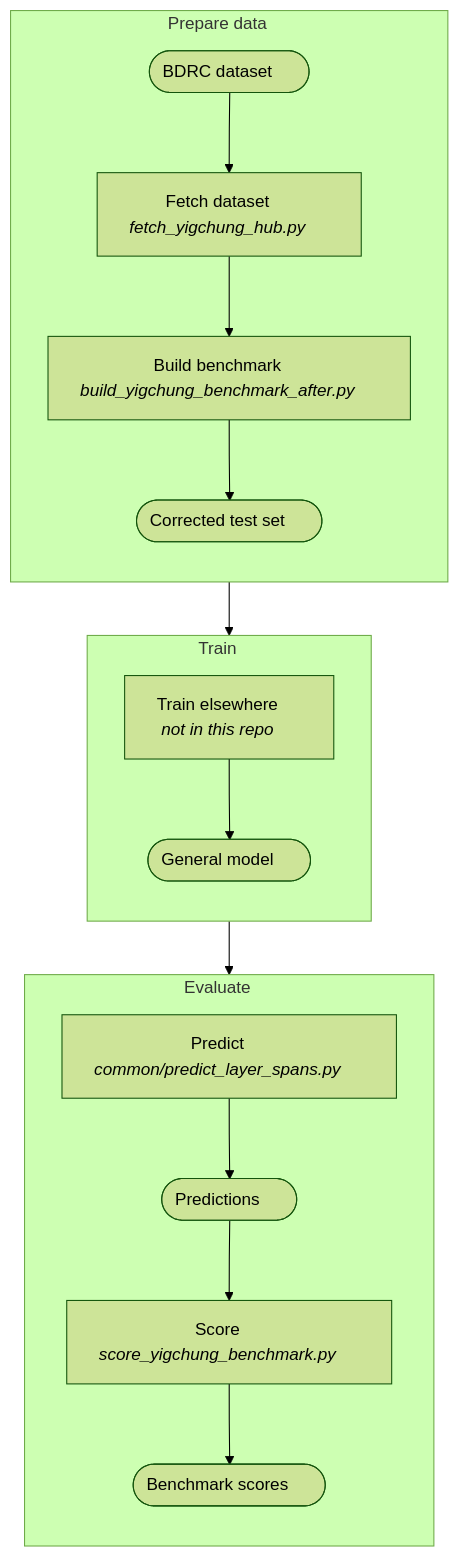
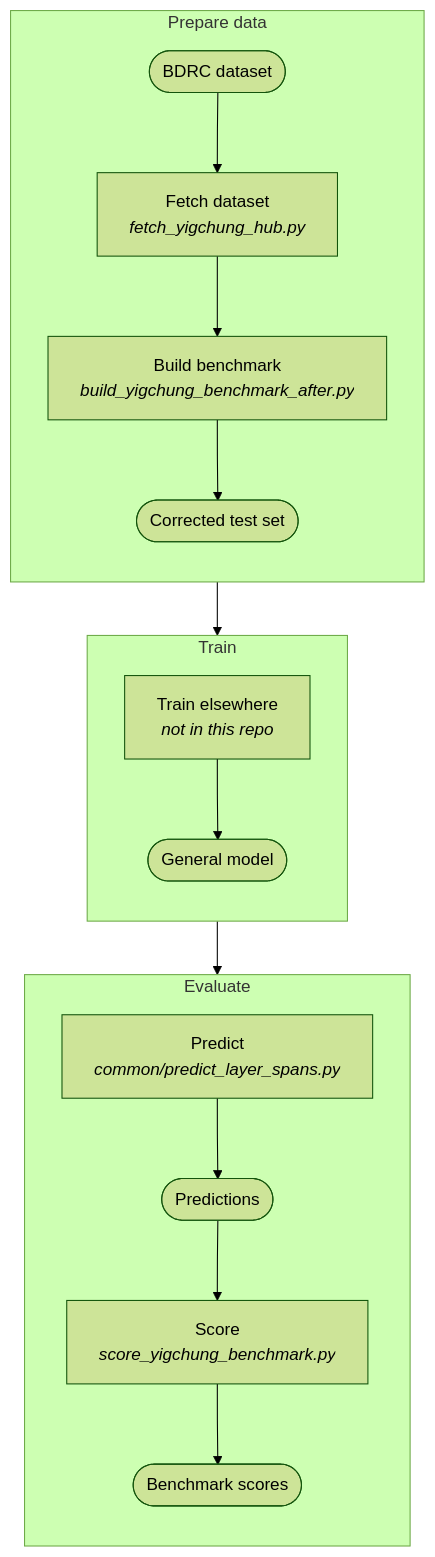
The first of 2 diagrams in yigchung/README.md (tenzinyonten/tibetan-layer-detection), drawn with Mermaid (forest theme) before and after one commit. The commit also changed other lines of this file and 8 other files, not shown here.

Commit message:
Flowcharts: draw labels as SVG text instead of HTML, drop padding

````diff
--- a/yigchung/README.md
+++ b/yigchung/README.md
@@ -40,21 +40,22 @@
 ```mermaid
+%%{init: {"flowchart": {"htmlLabels": false}}}%%
 flowchart TD
-  subgraph PREP["Prepare data&nbsp;&nbsp;&nbsp;&nbsp;&nbsp;"]
+  subgraph PREP["Prepare data"]
     direction TB
-    F1(["BDRC dataset&nbsp;&nbsp;&nbsp;&nbsp;&nbsp;"]) --> S1["Fetch dataset&nbsp;&nbsp;&nbsp;&nbsp;&nbsp;<br/><i>fetch_yigchung_hub.py&nbsp;&nbsp;&nbsp;&nbsp;&nbsp;</i>"]
-    S1 --> S2["Build benchmark&nbsp;&nbsp;&nbsp;&nbsp;&nbsp;<br/><i>build_yigchung_benchmark_after.py&nbsp;&nbsp;&nbsp;&nbsp;&nbsp;</i>"]
-    S2 --> F2(["Corrected test set&nbsp;&nbsp;&nbsp;&nbsp;&nbsp;"])
+    F1(["BDRC dataset"]) --> S1["Fetch dataset<br/><i>fetch_yigchung_hub.py</i>"]
+    S1 --> S2["Build benchmark<br/><i>build_yigchung_benchmark_after.py</i>"]
+    S2 --> F2(["Corrected test set"])
   end
-  subgraph TRAIN["Train&nbsp;&nbsp;&nbsp;&nbsp;&nbsp;"]
+  subgraph TRAIN["Train"]
     direction TB
-    T1["Train elsewhere&nbsp;&nbsp;&nbsp;&nbsp;&nbsp;<br/><i>not in this repo&nbsp;&nbsp;&nbsp;&nbsp;&nbsp;</i>"] --> F3(["General model&nbsp;&nbsp;&nbsp;&nbsp;&nbsp;"])
+    T1["Train elsewhere<br/><i>not in this repo</i>"] --> F3(["General model"])
   end
-  subgraph EVAL["Evaluate&nbsp;&nbsp;&nbsp;&nbsp;&nbsp;"]
+  subgraph EVAL["Evaluate"]
     direction TB
-    E1["Predict&nbsp;&nbsp;&nbsp;&nbsp;&nbsp;<br/><i>common/predict_layer_spans.py&nbsp;&nbsp;&nbsp;&nbsp;&nbsp;</i>"] --> F4(["Predictions&nbsp;&nbsp;&nbsp;&nbsp;&nbsp;"])
-    F4 --> E2["Score&nbsp;&nbsp;&nbsp;&nbsp;&nbsp;<br/><i>score_yigchung_benchmark.py&nbsp;&nbsp;&nbsp;&nbsp;&nbsp;</i>"]
-    E2 --> F5(["Benchmark scores&nbsp;&nbsp;&nbsp;&nbsp;&nbsp;"])
+    E1["Predict<br/><i>common/predict_layer_spans.py</i>"] --> F4(["Predictions"])
+    F4 --> E2["Score<br/><i>score_yigchung_benchmark.py</i>"]
+    E2 --> F5(["Benchmark scores"])
   end
   PREP --> TRAIN
   TRAIN --> EVAL
 ```
````
